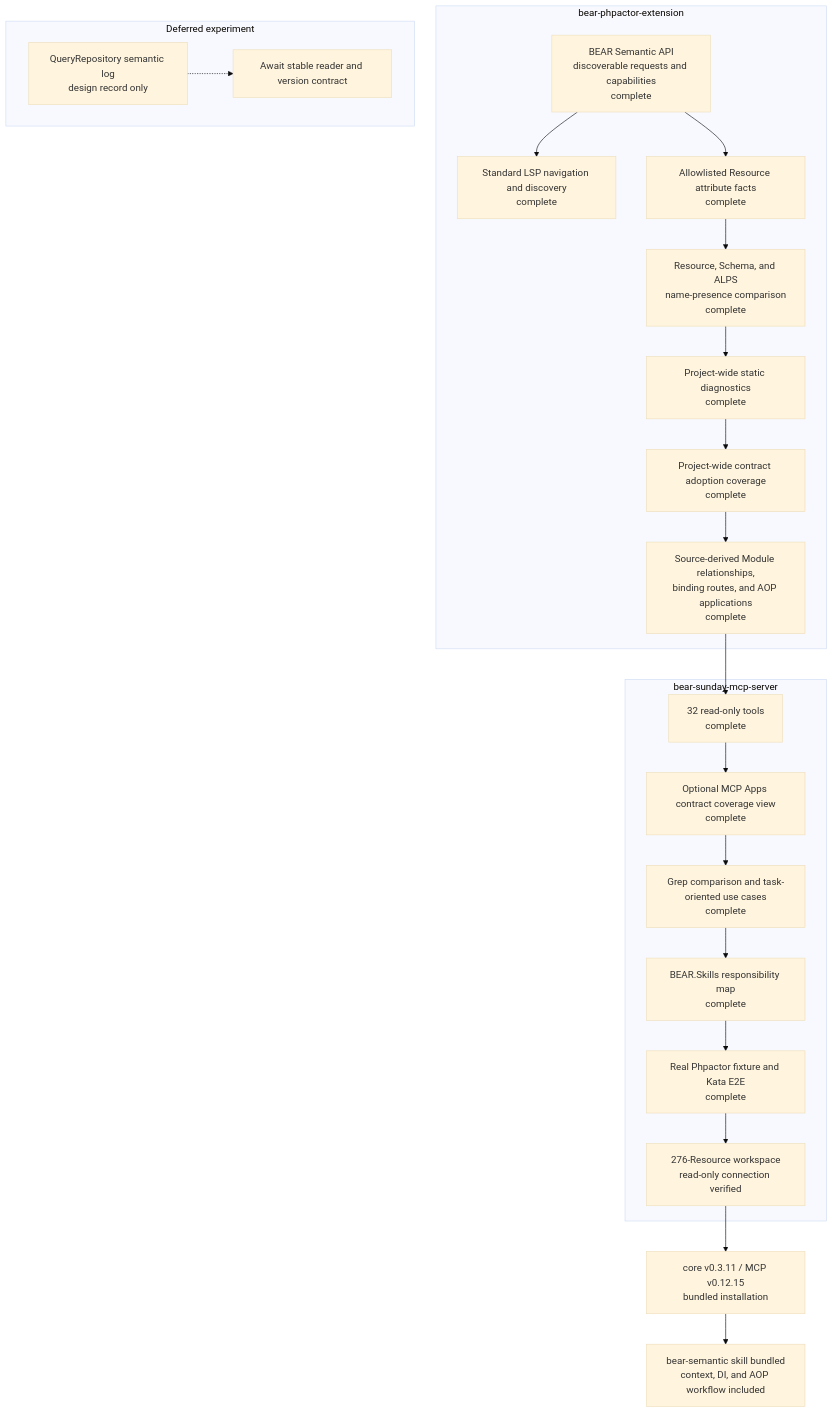
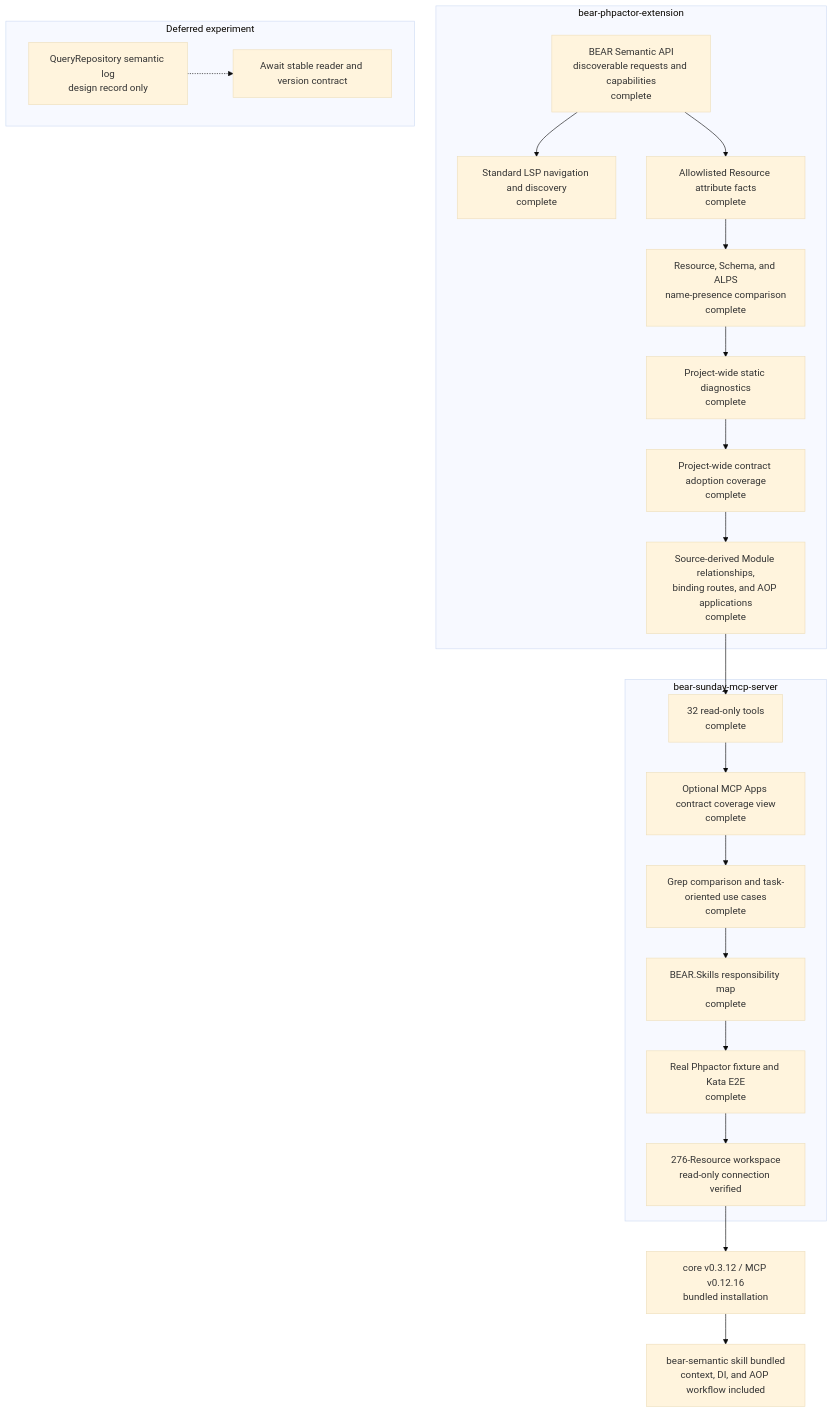
Before and after one commit to suzumaze/bear-sunday-mcp-server: the diagram in docs/project-status.md, drawn with Mermaid (base theme). The commit also changed other lines of this file and 7 other files, not shown here.

````diff
--- a/docs/project-status.md
+++ b/docs/project-status.md
@@ -9,35 +9,35 @@
 ```mermaid
 flowchart TB
     subgraph Core["bear-phpactor-extension"]
         C1["BEAR Semantic API<br/>discoverable requests and capabilities<br/>complete"]
         C2["Standard LSP navigation and discovery<br/>complete"]
         C3["Allowlisted Resource attribute facts<br/>complete"]
         C4["Resource, Schema, and ALPS<br/>name-presence comparison<br/>complete"]
         C5["Project-wide static diagnostics<br/>complete"]
         C6["Project-wide contract adoption coverage<br/>complete"]
         C7["Source-derived Module relationships,<br/>binding routes, and AOP applications<br/>complete"]
         C1 --> C2
         C1 --> C3 --> C4 --> C5 --> C6 --> C7
     end
 
     subgraph MCP["bear-sunday-mcp-server"]
         M1["32 read-only tools<br/>complete"]
         M0["Optional MCP Apps contract coverage view<br/>complete"]
         M2["Grep comparison and task-oriented use cases<br/>complete"]
         M3["BEAR.Skills responsibility map<br/>complete"]
         M4["Real Phpactor fixture and Kata E2E<br/>complete"]
         M5["276-Resource workspace<br/>read-only connection verified"]
         M1 --> M0 --> M2 --> M3 --> M4 --> M5
     end
 
     C7 --> M1
 
     subgraph Deferred["Deferred experiment"]
         D1["QueryRepository semantic log<br/>design record only"]
         D2["Await stable reader and version contract"]
         D1 -.-> D2
     end
 
-    M5 --> R1["core v0.3.11 / MCP v0.12.15<br/>bundled installation"]
+    M5 --> R1["core v0.3.12 / MCP v0.12.16<br/>bundled installation"]
     R1 --> S1["bear-semantic skill bundled<br/>context, DI, and AOP workflow included"]
 ```
````
